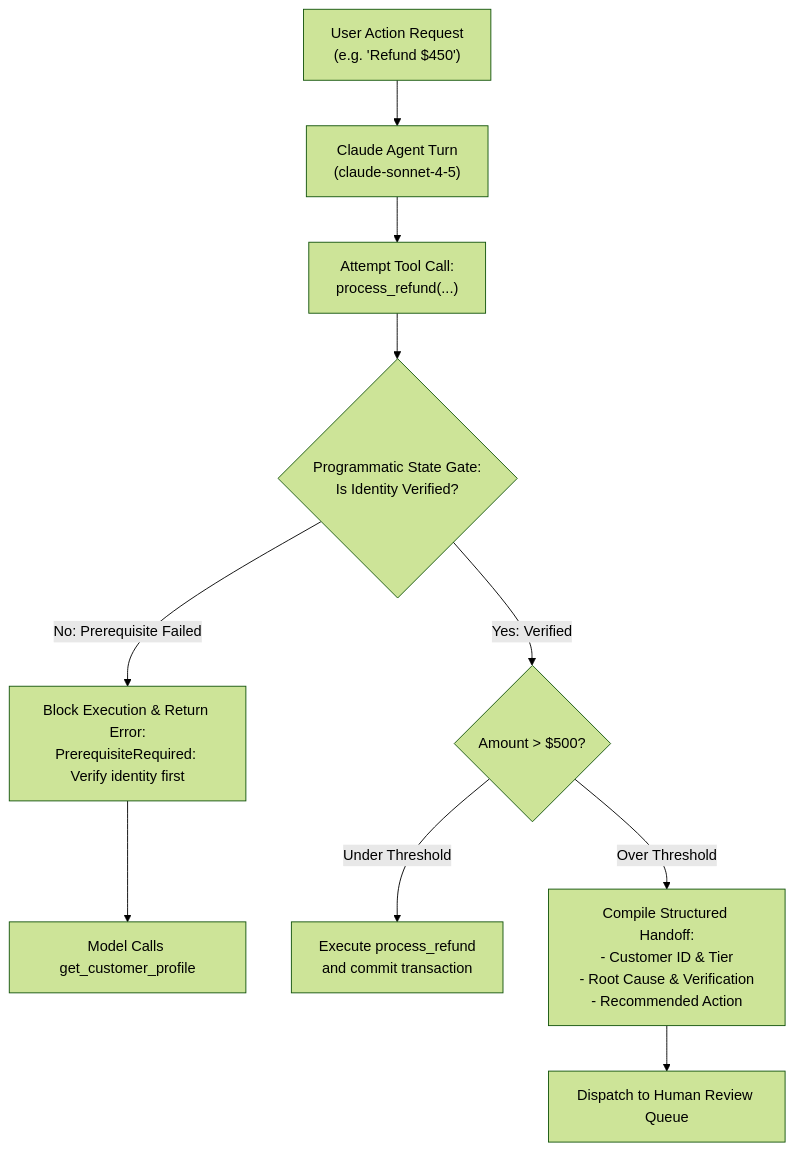
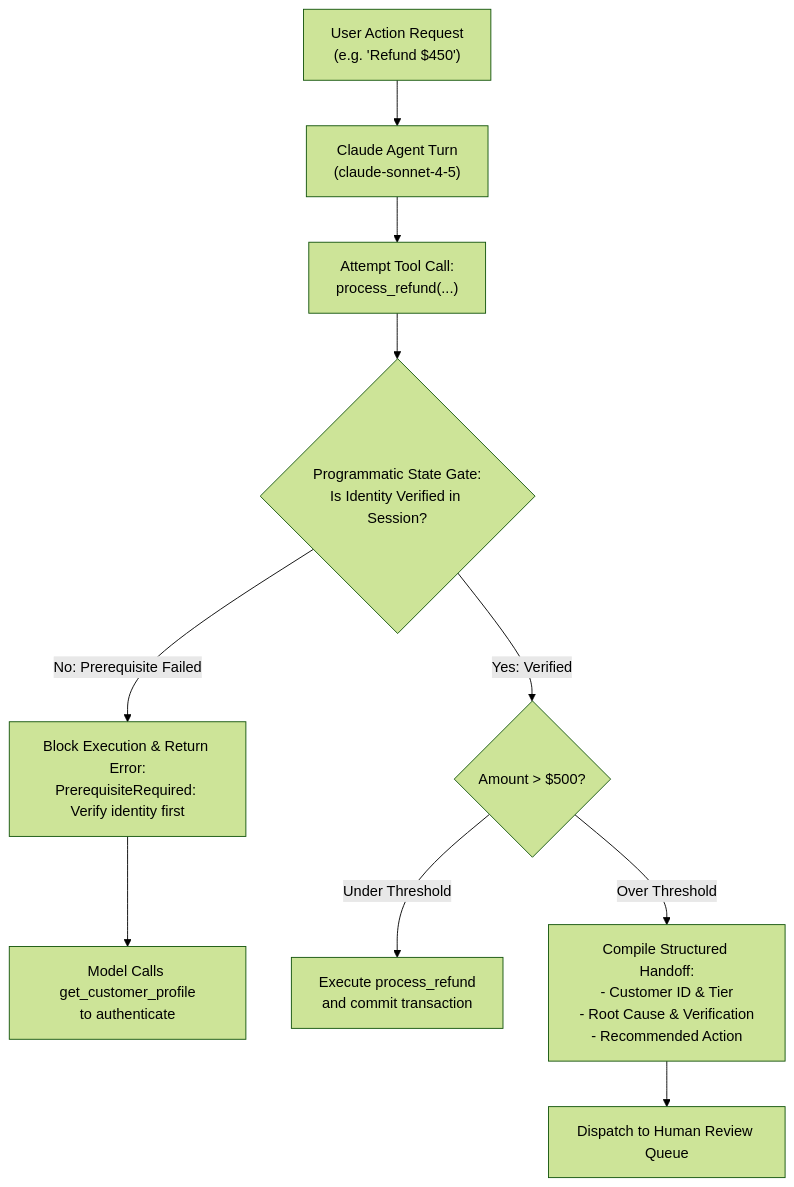
Before and after one commit to dip4k/claude_cert_architect_foundation_prep: the diagram in domain1/ts_1_4_prerequisite_enforcement/README.md, drawn with Mermaid (forest theme). The commit also changed other lines of this file and 59 other files, not shown here.

````diff
--- a/domain1/ts_1_4_prerequisite_enforcement/README.md
+++ b/domain1/ts_1_4_prerequisite_enforcement/README.md
@@ -10,18 +84,18 @@
 ```mermaid
 flowchart TD
     UserReq["User Action Request<br>(e.g. 'Refund $450')"] --> Claude["Claude Agent Turn<br>(claude-sonnet-4-5)"]
     
     Claude --> AttemptTool["Attempt Tool Call:<br>process_refund(...)"]
     
-    AttemptTool --> Gate{"Programmatic State Gate:<br>Is Identity Verified?"}
+    AttemptTool --> Gate{"Programmatic State Gate:<br>Is Identity Verified in Session?"}
     
     Gate -->|"No: Prerequisite Failed"| RejectBlock["Block Execution & Return Error:<br>PrerequisiteRequired: Verify identity first"]
-    RejectBlock --> FeedbackTurn["Model Calls get_customer_profile"]
+    RejectBlock --> FeedbackTurn["Model Calls get_customer_profile<br>to authenticate"]
     
     Gate -->|"Yes: Verified"| CheckThreshold{"Amount > $500?"}
     
     CheckThreshold -->|"Under Threshold"| ExecTool["Execute process_refund<br>and commit transaction"]
     
     CheckThreshold -->|"Over Threshold"| Escalation["Compile Structured Handoff:<br>- Customer ID & Tier<br>- Root Cause & Verification<br>- Recommended Action"]
     Escalation --> HumanQueue["Dispatch to Human Review Queue"]
 ```
````
